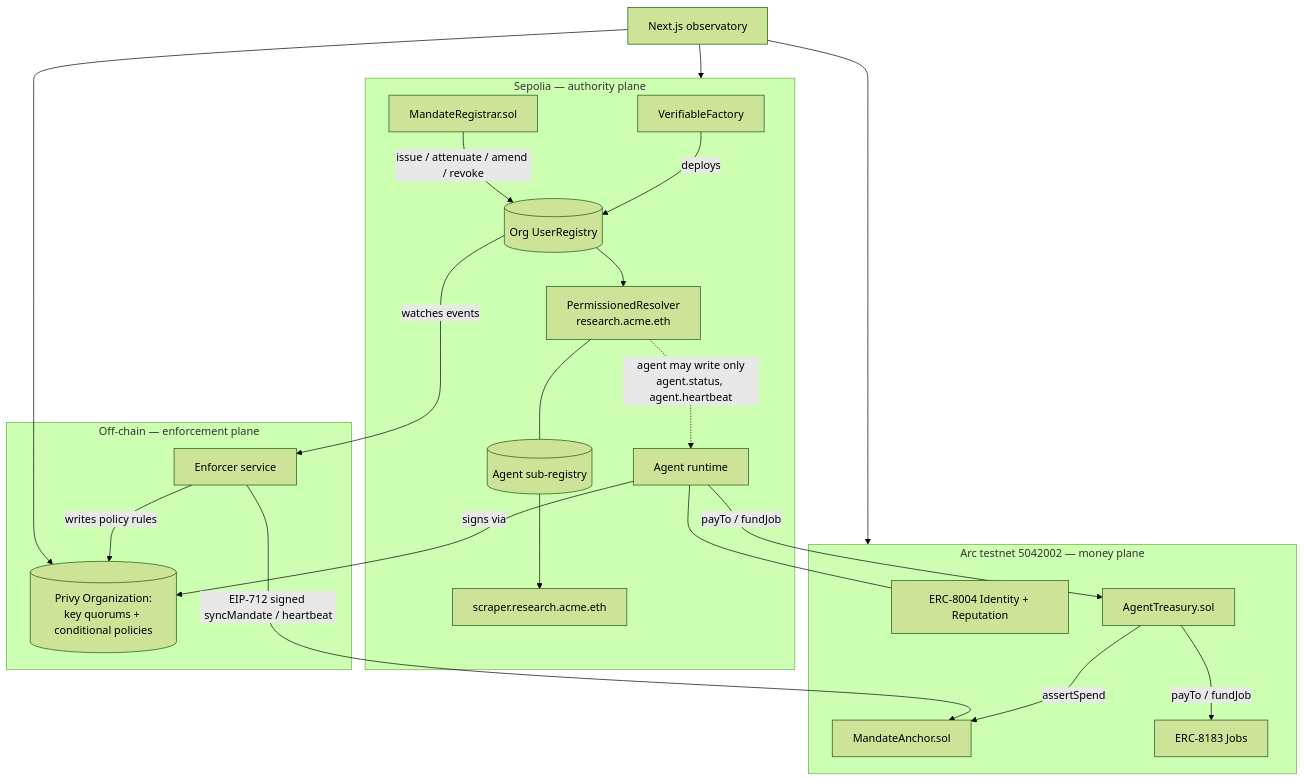
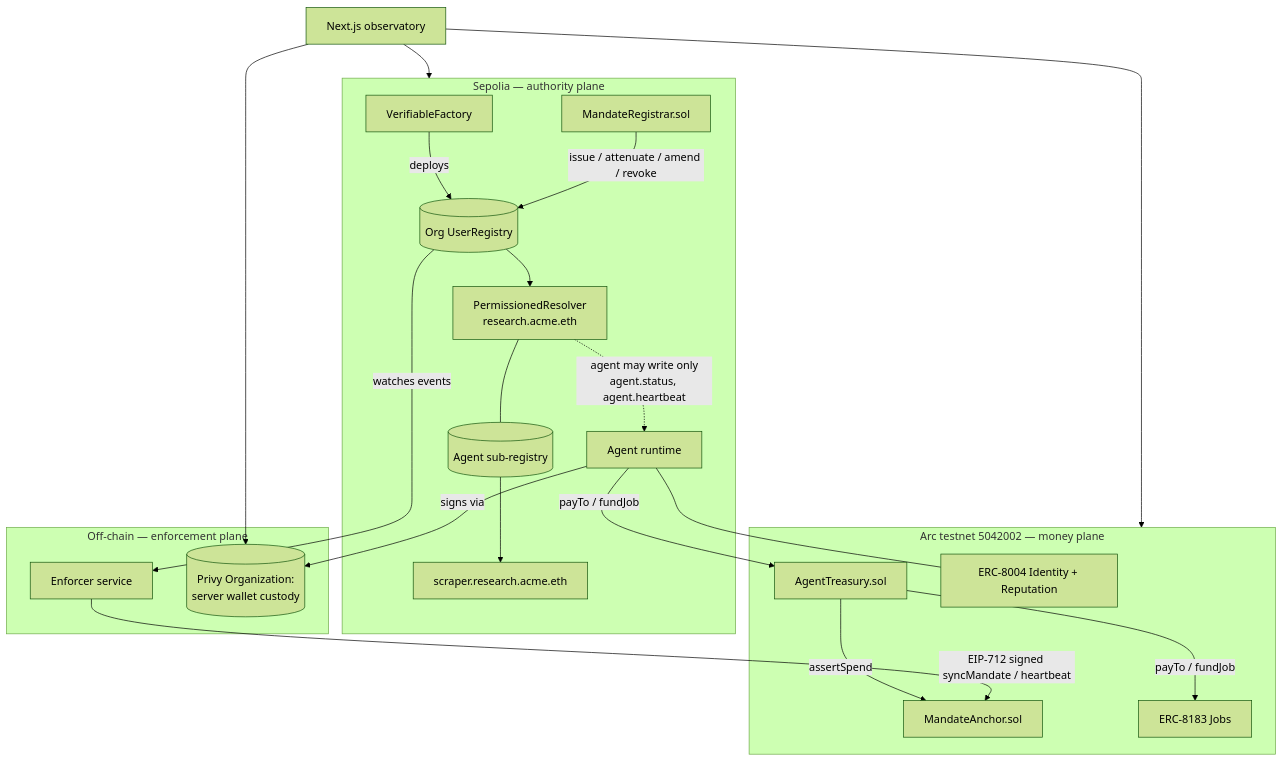
Before and after one commit to Victor-Okpukpan/mandate: the diagram in ARCHITECTURE.md, drawn with Mermaid (forest theme). The commit also changed other lines of this file and 12 other files, not shown here.

Commit message:
Remove all Privy policy claims, active or pending, from docs and READMEs

````diff
--- a/ARCHITECTURE.md
+++ b/ARCHITECTURE.md
@@ -8,35 +8,34 @@
 ```mermaid
 flowchart TB
   subgraph SEP["Sepolia — authority plane"]
     VF[VerifiableFactory] -->|deploys| UR[(Org UserRegistry)]
     MR[MandateRegistrar.sol] -->|issue / attenuate / amend / revoke| UR
     UR --> PR1[PermissionedResolver<br/>research.acme.eth]
     PR1 -.->|agent may write only<br/>agent.status, agent.heartbeat| A1
     SUB[(Agent sub-registry)] --> PR2[scraper.research.acme.eth]
     PR1 --- SUB
   end
 
   subgraph OFF["Off-chain — enforcement plane"]
     ENF[Enforcer service]
-    PRIVY[(Privy Organization:<br/>key quorums + conditional policies)]
-    ENF -->|writes policy rules| PRIVY
+    PRIVY[(Privy Organization:<br/>server wallet custody)]
   end
 
   subgraph ARC["Arc testnet 5042002 — money plane"]
     MA[MandateAnchor.sol]
     AT[AgentTreasury.sol]
     JOBS[ERC-8183 Jobs]
     ID[ERC-8004 Identity + Reputation]
     AT -->|assertSpend| MA
     AT -->|payTo / fundJob| JOBS
   end
 
   UR -->|watches events| ENF
   ENF -->|EIP-712 signed syncMandate / heartbeat| MA
   A1[Agent runtime] -->|signs via| PRIVY
   A1 -->|payTo / fundJob| AT
   A1 --- ID
   WEB[Next.js observatory] --> SEP
   WEB --> ARC
   WEB --> PRIVY
 ```
````
